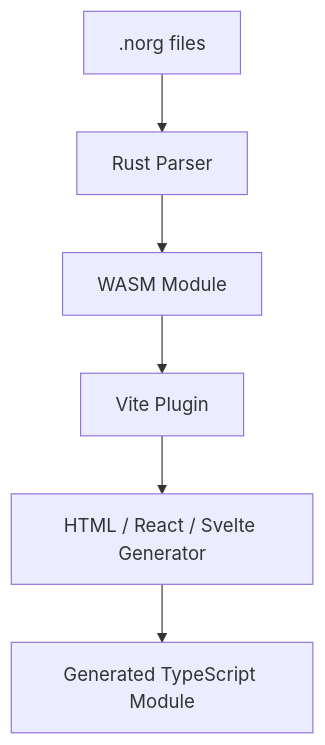
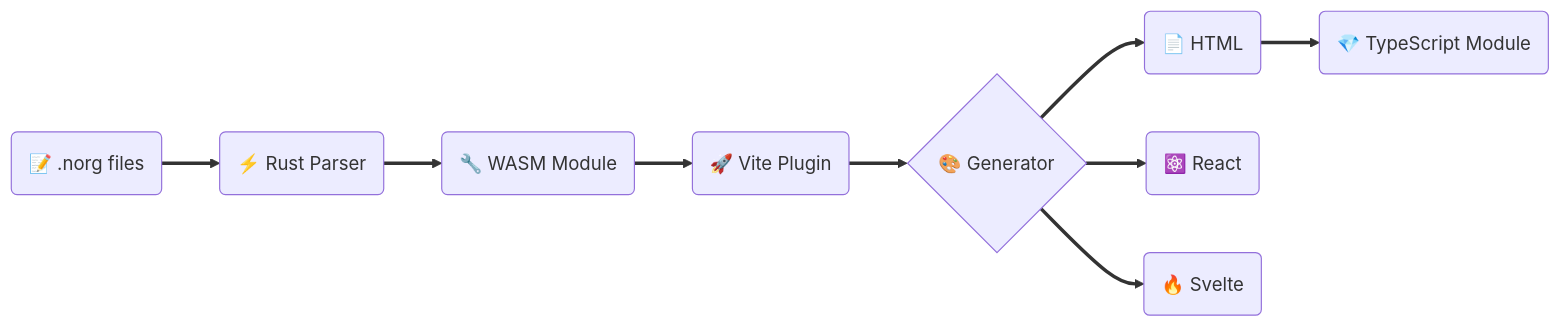
Before and after one commit to bottd/vite-plugin-norg: the diagram in README.md, drawn with Mermaid.

````diff
--- a/README.md
+++ b/README.md
@@ -92,8 +92,13 @@
 ```mermaid
-graph TD
-    A[.norg files] --> B[Rust Parser]
-    B --> C[WASM Module]
-    C --> D[Vite Plugin]
-    D --> E[HTML / React / Svelte Generator]
-    E --> F[Generated TypeScript Module]
+graph LR
+    A(📝 .norg files) ==> B(⚡ Rust Parser)
+    B ==> C(🔧 WASM Module)
+    C ==> D(🚀 Vite Plugin)
+    D ==> E{🎨 Generator}
+    E ==> F(📄 HTML)
+    E ==> G(⚛️ React)
+    E ==> H(🔥 Svelte)
+    F ==> I(💎 TypeScript Module)
+
+    linkStyle default stroke-width:3px
 ```
````
